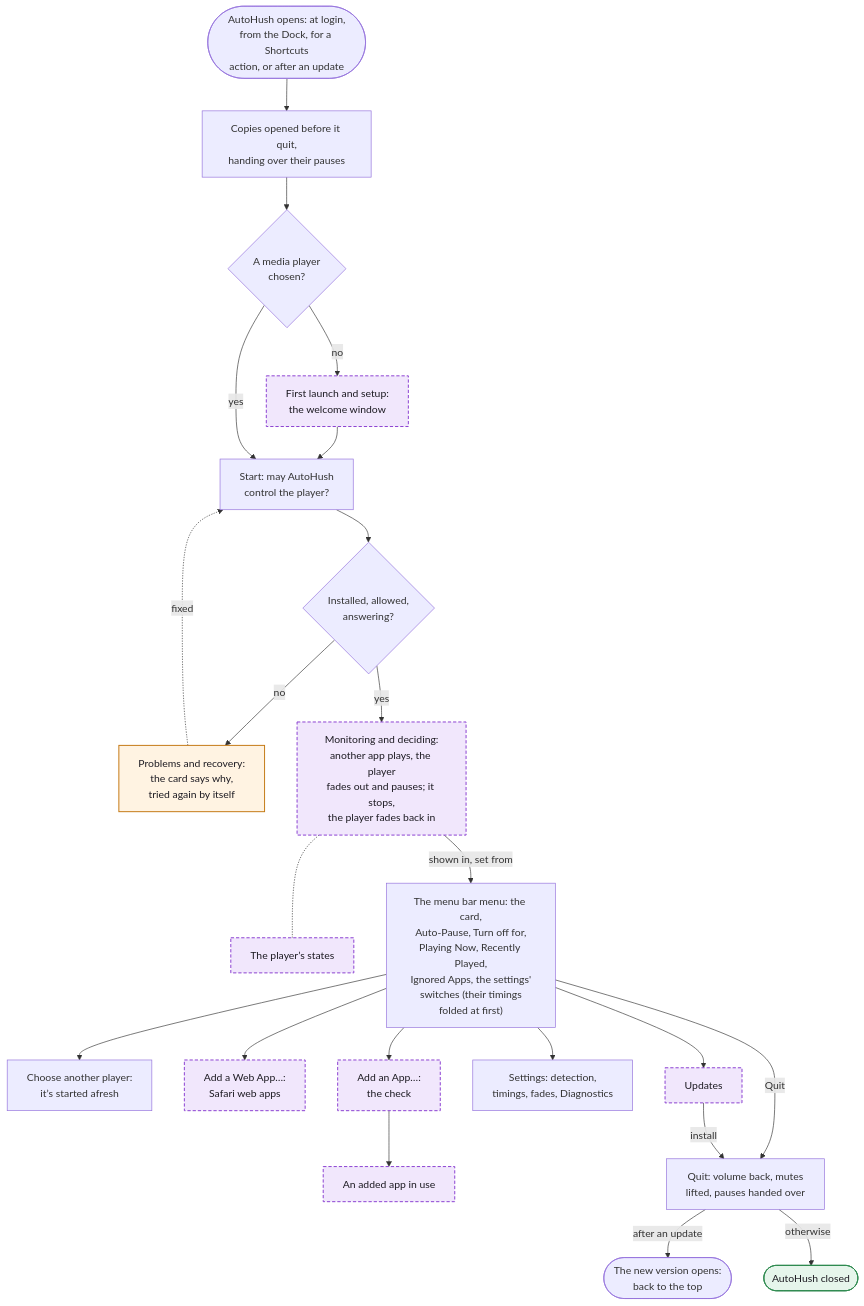
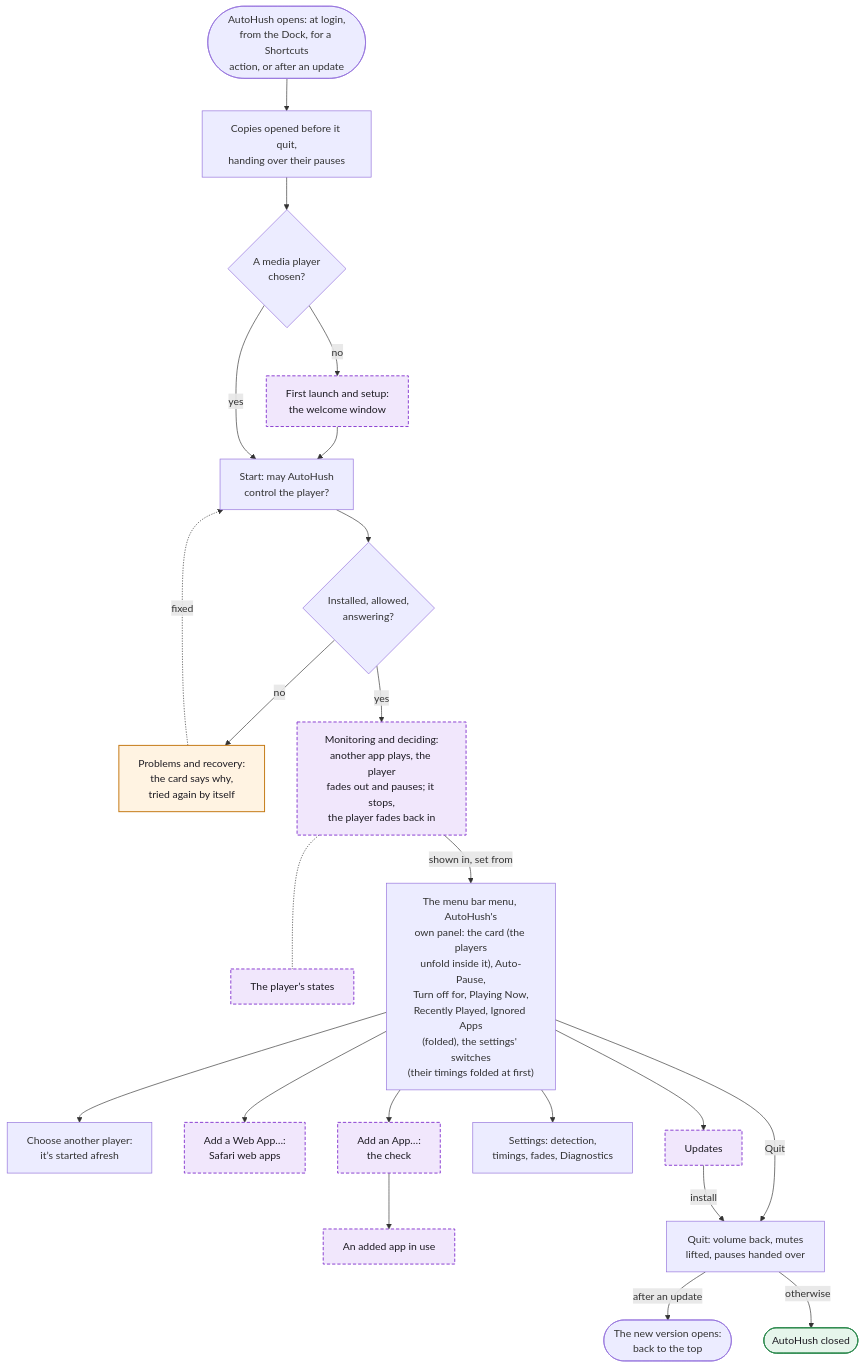
The first of 14 diagrams in WORKFLOWS.md (hfustercabre/AutoHush), drawn with Mermaid before and after one commit. The commit also changed 28 other files, not shown here.

````diff
--- a/WORKFLOWS.md
+++ b/WORKFLOWS.md
@@ -24,48 +24,48 @@
 ```mermaid
 flowchart TD
   L(["AutoHush opens: at login,<br/>from the Dock, for a Shortcuts<br/>action, or after an update"])
   O["Copies opened before it quit,<br/>handing over their pauses"]
   C{"A media player<br/>chosen?"}
   W["First launch and setup:<br/>the welcome window"]
   S["Start: may AutoHush<br/>control the player?"]
   P{"Installed, allowed,<br/>answering?"}
   R["Problems and recovery:<br/>the card says why,<br/>tried again by itself"]
   M["Monitoring and deciding:<br/>another app plays, the player<br/>fades out and pauses; it stops,<br/>the player fades back in"]
   ST["The player’s states"]
-  MENU["The menu bar menu: the card,<br/>Auto-Pause, Turn off for,<br/>Playing Now, Recently Played,<br/>Ignored Apps, the settings'<br/>switches (their timings<br/>folded at first)"]
+  MENU["The menu bar menu, AutoHush's<br/>own panel: the card (the players<br/>unfold inside it), Auto-Pause,<br/>Turn off for, Playing Now,<br/>Recently Played, Ignored Apps<br/>(folded), the settings' switches<br/>(their timings folded at first)"]
   CH["Choose another player:<br/>it’s started afresh"]
   WA["Add a Web App…:<br/>Safari web apps"]
   AA["Add an App…:<br/>the check"]
   AU["An added app in use"]
   SET["Settings: detection,<br/>timings, fades, Diagnostics"]
   UP["Updates"]
   Q["Quit: volume back, mutes<br/>lifted, pauses handed over"]
   RL(["The new version opens:<br/>back to the top"])
   QX(["AutoHush closed"])
 
   L --> O --> C
   C -->|"no"| W --> S
   C -->|"yes"| S
   S --> P
   P -->|"no"| R
   R -.->|"fixed"| S
   P -->|"yes"| M
   M -.- ST
   M -->|"shown in, set from"| MENU
   MENU --> CH
   MENU --> WA
   MENU --> AA --> AU
   MENU --> SET
   MENU --> UP
   MENU -->|"Quit"| Q
   UP -->|"install"| Q
   Q -->|"after an update"| RL
   Q -->|"otherwise"| QX
 
   class W,M,ST,WA,AA,AU,UP ref
   class R warn
   class QX done
   classDef ref fill:#f1e7fc,stroke:#8a3fd1,stroke-width:1.5px,stroke-dasharray: 5 3,color:#1d1b22
   classDef warn fill:#fff3e2,stroke:#c47812,stroke-width:1.5px,color:#1d1b22
   classDef done fill:#e6f5eb,stroke:#2f8a50,stroke-width:1.5px,color:#1d1b22
 ```
````
